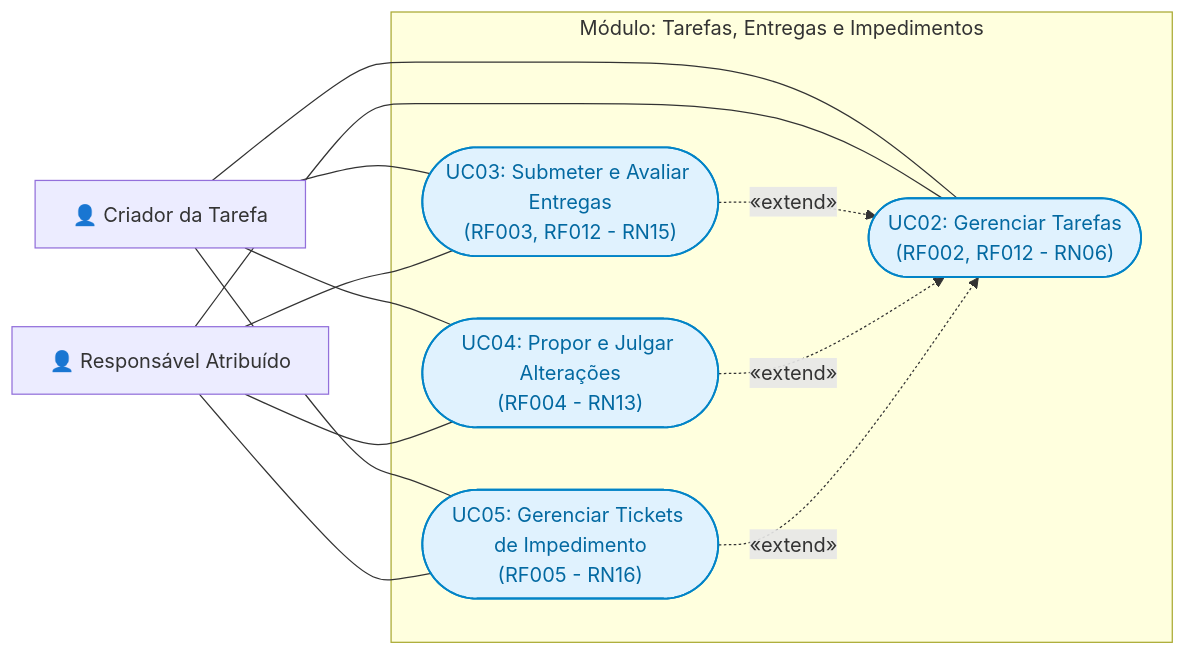
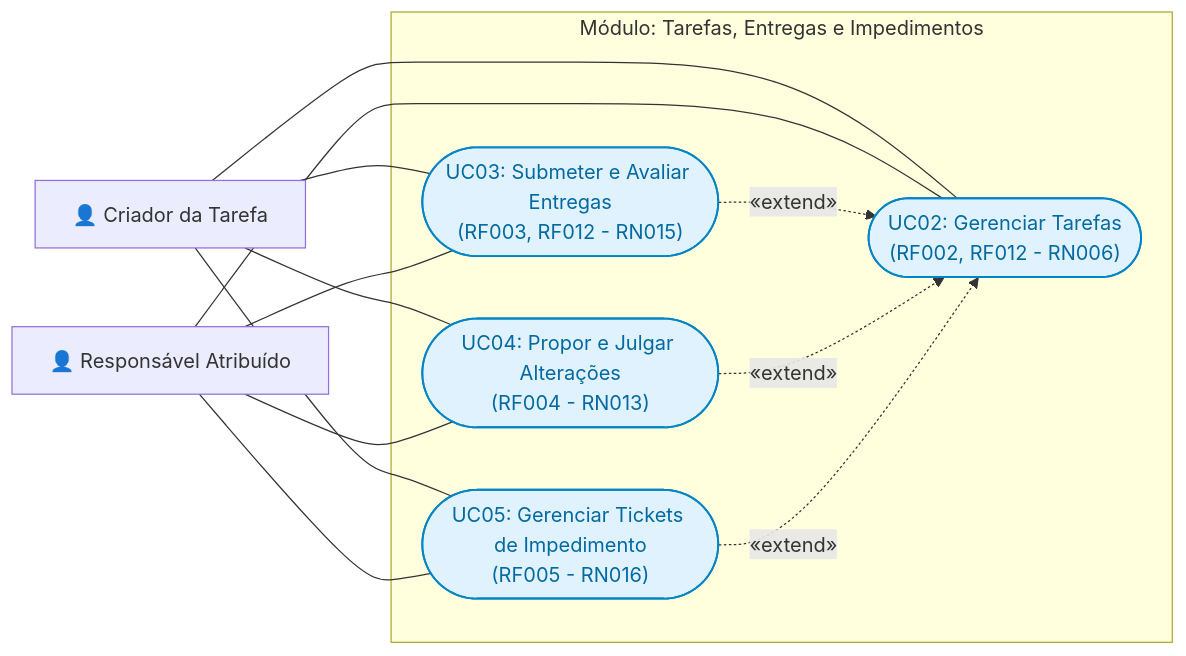
Before and after one commit to aikovlr/Cortex-backend: the eighth of 36 diagrams in DIAGRAMAS.md, drawn with Mermaid. The commit also changed other lines of this file and 30 other files, not shown here.

````diff
--- a/DIAGRAMAS.md
+++ b/DIAGRAMAS.md
@@ -751,33 +761,33 @@
 ```mermaid
 flowchart LR
     %% Atores
     Criador["👤 Criador da Tarefa"]
     Responsavel["👤 Responsável Atribuído"]
 
     subgraph ModuloTarefas ["Módulo: Tarefas, Entregas e Impedimentos"]
-        UC02(["UC02: Gerenciar Tarefas<br/>(RF002, RF012 - RN06)"])
-        UC03(["UC03: Submeter e Avaliar Entregas<br/>(RF003, RF012 - RN15)"])
-        UC04(["UC04: Propor e Julgar Alterações<br/>(RF004 - RN13)"])
-        UC05(["UC05: Gerenciar Tickets de Impedimento<br/>(RF005 - RN16)"])
+        UC02(["UC02: Gerenciar Tarefas<br/>(RF002, RF012 - RN006)"])
+        UC03(["UC03: Submeter e Avaliar Entregas<br/>(RF003, RF012 - RN015)"])
+        UC04(["UC04: Propor e Julgar Alterações<br/>(RF004 - RN013)"])
+        UC05(["UC05: Gerenciar Tickets de Impedimento<br/>(RF005 - RN016)"])
     end
 
     %% Vínculos do Criador
     Criador --- UC02
     Criador --- UC03
     Criador --- UC04
     Criador --- UC05
 
     %% Vínculos do Responsável
     Responsavel --- UC02
     Responsavel --- UC03
     Responsavel --- UC04
     Responsavel --- UC05
 
     %% Relações de extensão e inclusão UML
     UC03 -.->|«extend»| UC02
     UC04 -.->|«extend»| UC02
     UC05 -.->|«extend»| UC02
 
     classDef uc fill:#e0f2fe,stroke:#0284c7,stroke-width:1.5px,color:#0369a1;
     class UC02,UC03,UC04,UC05 uc;
 ```
````
